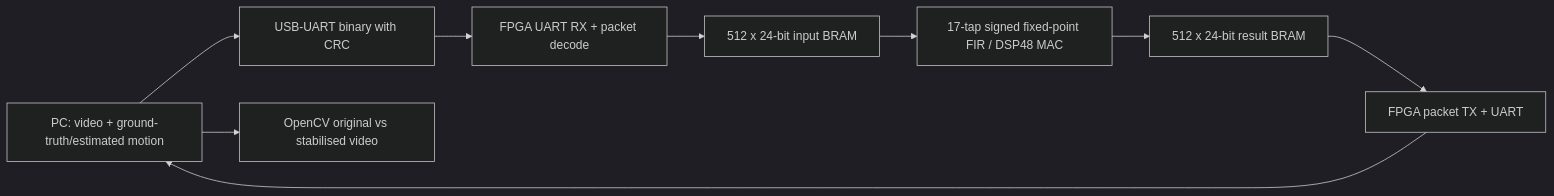
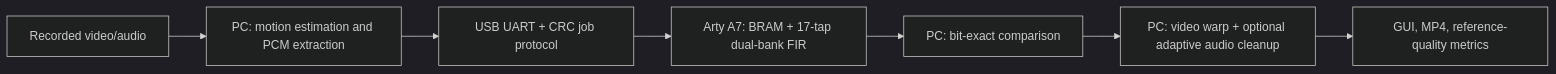
The diagram in README.md (msamie-elec/FPGA-maritime-motion-audio-dsp), drawn with Mermaid (dark theme) before and after one commit. The commit also changed other lines of this file and 214 other files, not shown here.

First line of the commit message:
Release unified maritime FPGA audio/video engineering demonstrator

````diff
--- a/README.md
+++ b/README.md
@@ -54,11 +72,9 @@
 ```mermaid
 flowchart LR
-  PC["PC: video + ground-truth/estimated motion"] --> USB["USB-UART binary with CRC"]
-  USB --> RX["FPGA UART RX + packet decode"]
-  RX --> MEM["512 x 24-bit input BRAM"]
-  MEM --> FIR["17-tap signed fixed-point FIR / DSP48 MAC"]
-  FIR --> MEMO["512 x 24-bit result BRAM"]
-  MEMO --> TX["FPGA packet TX + UART"]
-  TX --> PC
-  PC --> DISPLAY["OpenCV original vs stabilised video"]
+    A[Recorded video/audio] --> B[PC: motion estimation and PCM extraction]
+    B --> C[USB UART + CRC job protocol]
+    C --> D[Arty A7: BRAM + 17-tap dual-bank FIR]
+    D --> E[PC: bit-exact comparison]
+    E --> F[PC: video warp + optional adaptive audio cleanup]
+    F --> G[GUI, MP4, reference-quality metrics]
 ```
````
